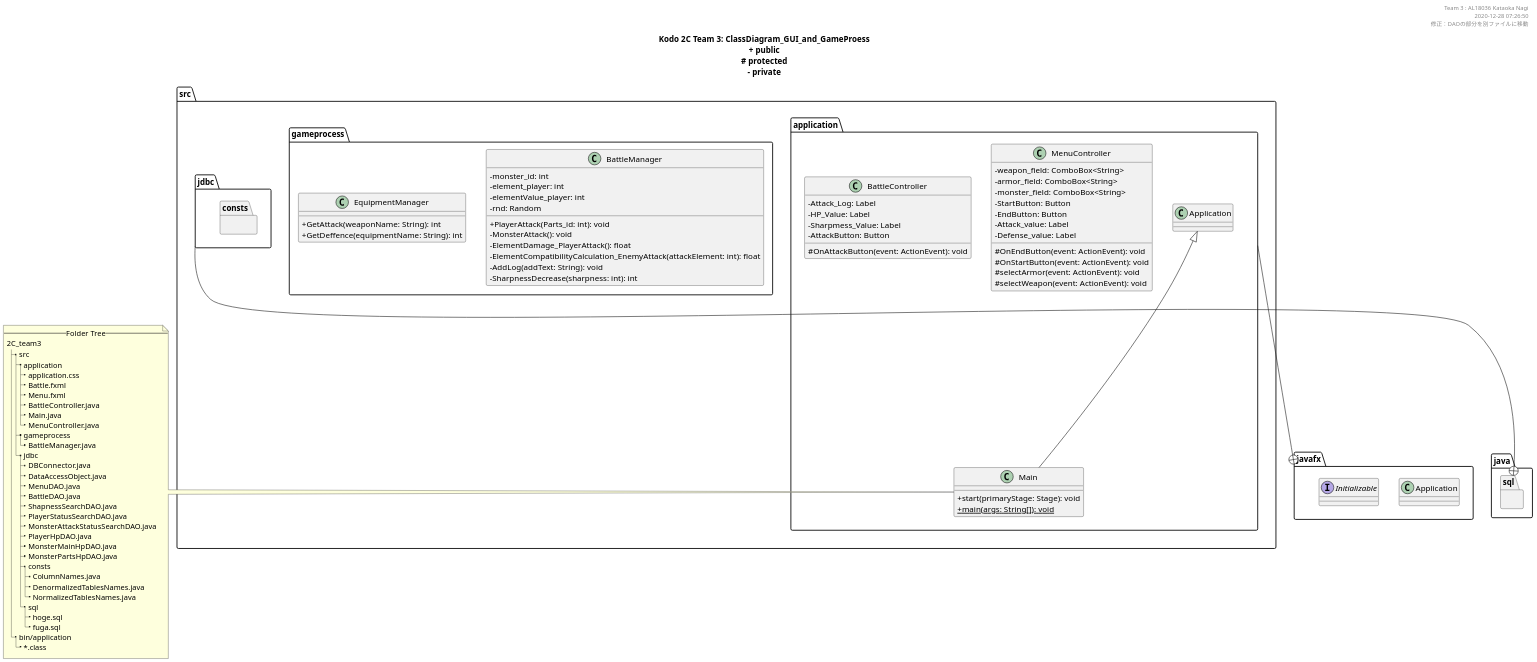
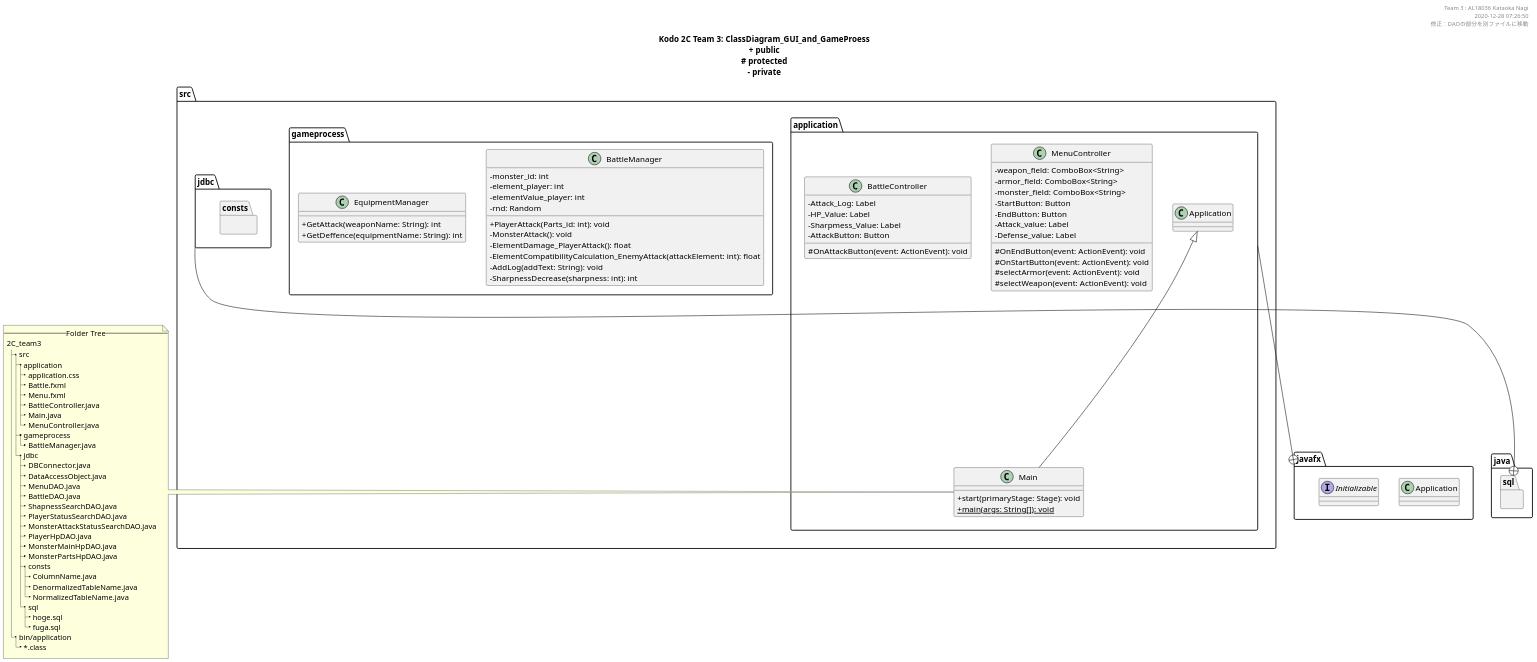
The diagram in uml/ClassDiagram_GUI_and_GameProess.pu (KataokaNagi/2C_team3), drawn with PlantUML before and after one commit. The commit also changed 9 other files, not shown here.

```diff
--- a/uml/ClassDiagram_GUI_and_GameProess.pu
+++ b/uml/ClassDiagram_GUI_and_GameProess.pu
@@ -14,179 +14,179 @@
 @startuml ./out/ClassDiagram_GUI_and_GameProess.png
 scale 1.5
 skinparam DefaultFontName メイリオ
 ' 可視性の変更
 skinparam classAttributeIconSize 0
 
 ''''''''''''''''''''''''''''''''''''''''''''''''''
 
 header 
 Team 3 : AL18036 Kataoka Nagi
 2020-12-28 07:26:50
 修正：DAOの部分を別ファイルに移動
 end header
 
 ''''''''''''''''''''''''''''''''''''''''''''''''''
 
 title
 **Kodo 2C Team 3: ClassDiagram_GUI_and_GameProess**
 + public
 ~# protected
 ~- private
 end title
 ' __static__
 
 ''''''''''''''''''''''''''''''''''''''''''''''''''''''''''''''''''''''''''''''''
 
 package src {
   package src.application {
     class Main
   }
   package src.gameprocess {
   }
   package src.jdbc {
   }
 }
 
 ''''''''''''''''''''''''''''''''''''''''''''''''''''''''''''''''''''''''''''''''
 
 note left
   --Folder Tree--
   2C_team3
   |_ src
     |_ application
       |_ application.css
       |_ Battle.fxml
       |_ Menu.fxml
       |_ BattleController.java
       |_ Main.java
       |_ MenuController.java
     |_ gameprocess
       |_ BattleManager.java
     |_ jdbc
       |_ DBConnector.java
       |_ DataAccessObject.java
       |_ MenuDAO.java
       |_ BattleDAO.java
       |_ ShapnessSearchDAO.java
       |_ PlayerStatusSearchDAO.java
       |_ MonsterAttackStatusSearchDAO.java
       |_ PlayerHpDAO.java
       |_ MonsterMainHpDAO.java
       |_ MonsterPartsHpDAO.java
       |_ consts
-        |_ ColumnNames.java
-        |_ DenormalizedTablesNames.java
-        |_ NormalizedTablesNames.java
+        |_ ColumnName.java
+        |_ DenormalizedTableName.java
+        |_ NormalizedTableName.java
       |_ sql
         |_ hoge.sql
         |_ fuga.sql
   |_ bin/application
     |_ ~*.class
 end note
 
 ''''''''''''''''''''''''''''''''''''''''''''''''''''''''''''''''''''''''''''''''
 
 package java.sql {
 }
 
 package javafx {
   class Application
   Interface Initializable
 }
 
 package src.jdbc {
   package src.jdbc.consts {
   }
 }
 
 src.jdbc --+ java.sql
 src.application --+ javafx
 
 ''''''''''''''''''''''''''''''''''''''''''''''''''
 
 ' @note クラスの命名規則
 ' @see  https://qiita.com/KeithYokoma/items/ee21fec6a3ebb5d1e9a8
 
 package src.application {
   ' @note Scene Builder (GUI tool)
   ' @see  https://qiita.com/tarosa0001/items/05ac653a091b7d1290f9
   class Main extends Application {
     + start(primaryStage: Stage): void
     + {static} main(args: String[]): void
   }
   
   class MenuController {
     - weapon_field: ComboBox<String>
     - armor_field: ComboBox<String>
     - monster_field: ComboBox<String>
     -  StartButton: Button
     -  EndButton: Button
     -  Attack_value: Label
     -  Defense_value: Label
 
     # OnEndButton(event: ActionEvent): void
     # OnStartButton(event: ActionEvent): void
     # selectArmor(event: ActionEvent): void
     # selectWeapon(event: ActionEvent): void
   }
 
   class BattleController {
     - Attack_Log: Label
     - HP_Value: Label
     - Sharpmess_Value: Label
     - AttackButton: Button
     
     # OnAttackButton(event: ActionEvent): void
   }
 }
 
 ' 記事のクラス
   ' class ApplicationController extends Initializable {
   '   - dropDown: ChoiceBox<String>
   '   - textBox: TextField
   '   - button: Button
 
   '   + initialize(location: URL, resources: ResourceBundle): void
   '   + onClick(event: ActionEvent): void
   '   + getToolType(): ChoiceBox<String>
   '   + setToolType(toolType: ChoiceBox<String>): void
   '   + getInputFile(): TextField
   '   + setInputFile(textBox: TextField): void
   '   + getReference(): Button
   '   + setReference(button: Button): void
   ' }
 
 
 ''''''''''''''''''''''''''''''''''''''''''''''''''
 
 package src.gameprocess {
   class BattleManager {
     - monster_id: int
     - element_player: int
     - elementValue_player: int
     - rnd: Random
 
     + PlayerAttack(Parts_id: int): void
     - MonsterAttack(): void
     - ElementDamage_PlayerAttack(): float
     - ElementCompatibilityCalculation_EnemyAttack(attackElement: int): float
     - AddLog(addText: String): void
     - SharpnessDecrease(sharpness: int): int 
   }
 
   class EquipmentManager {
     + GetAttack(weaponName: String): int
     + GetDeffence(equipmentName: String): int
   }
 }
 
 ''''''''''''''''''''''''''''''''''''''''''''''''''
 
 package src.jdbc {
   ' @note DAO pattern
   ' @see https://kanda-it-school-kensyu.com/java-jdbc-contents/jj_ch04/jj_0401/
 }
 
 ''''''''''''''''''''''''''''''''''''''''''''''''''''''''''''''''''''''''''''''''
 
 @enduml
```
